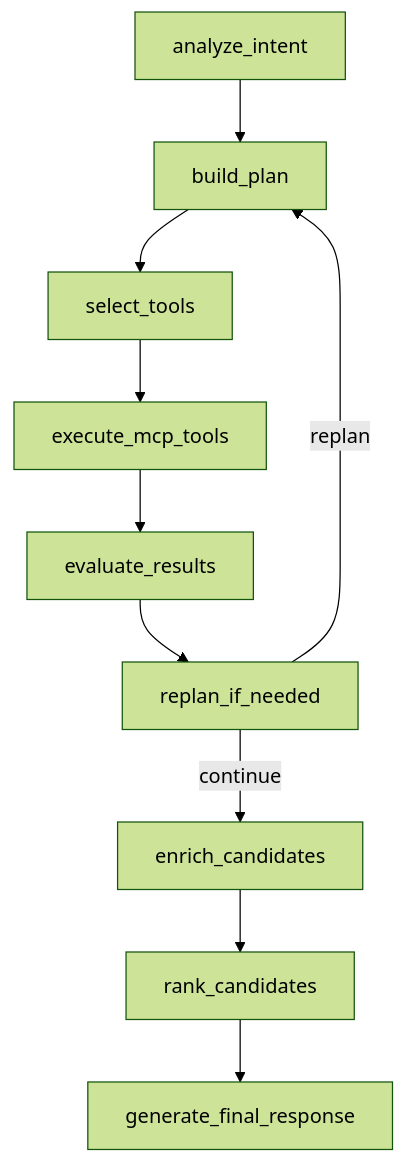
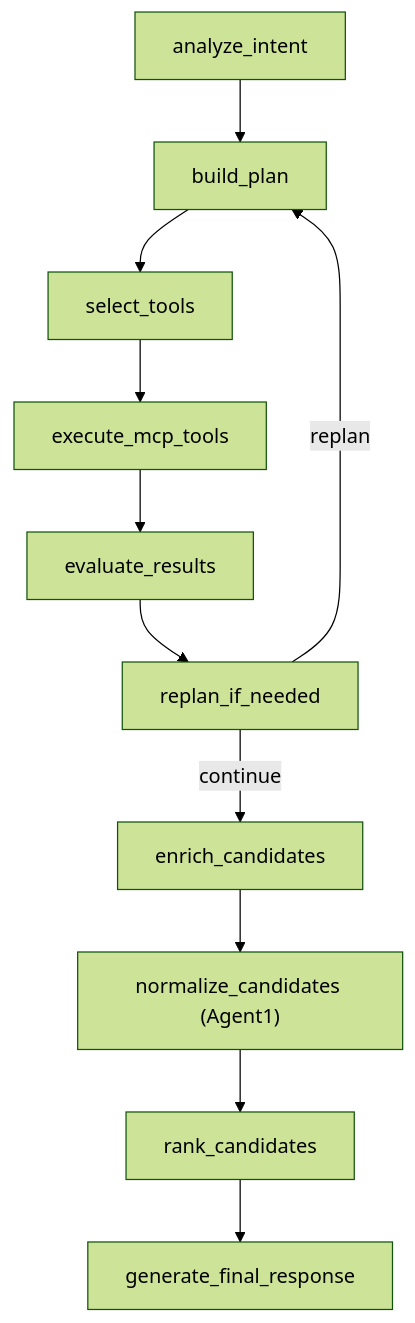
One commit to SIJO-TECHNOLOGY/agent0 changed the second of 2 diagrams in apps/agent-api/docs/langgraph-agent-design.md. Above: the diagram before and after it, drawn with Mermaid (forest theme). The commit also changed other lines of this file and 11 other files, not shown here.

````diff
--- a/apps/agent-api/docs/langgraph-agent-design.md
+++ b/apps/agent-api/docs/langgraph-agent-design.md
@@ -67,12 +68,13 @@
 ```mermaid
 flowchart TD
     A["analyze_intent"] --> B["build_plan"]
     B --> C["select_tools"]
     C --> D["execute_mcp_tools"]
     D --> E["evaluate_results"]
     E --> F["replan_if_needed"]
     F -->|replan| B
     F -->|continue| G["enrich_candidates"]
-    G --> H["rank_candidates"]
+    G --> N["normalize_candidates (Agent1)"]
+    N --> H["rank_candidates"]
     H --> I["generate_final_response"]
 ```
````
